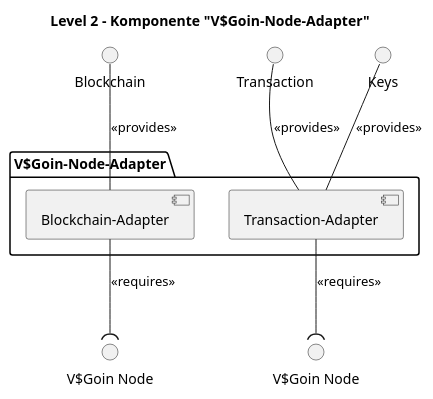
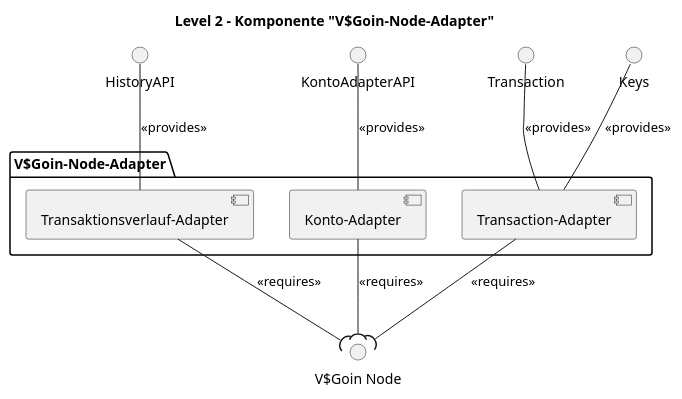
Before and after one commit to bjoern621/VSP-Blockchain: the fourth of 6 diagrams in docs/arc42/arc42-Api/API.md, drawn with PlantUML. The commit also changed other lines of this file and 25 other files, not shown here.

`````diff
--- a/docs/arc42/arc42-Api/API.md
+++ b/docs/arc42/arc42-Api/API.md
@@ -395,24 +397,28 @@
     ````plantuml
     @startuml
     title Level 2 – Komponente "V$Goin-Node-Adapter"
     
     skinparam interfaceStyle uml
     
     package "V$Goin-Node-Adapter" {
     
         component "Transaction-Adapter" as WalletAdapter
     
-        component "Blockchain-Adapter" as NetworkAdapter
+        component "Konto-Adapter" as NetworkAdapter
+
+        component "Transaktionsverlauf-Adapter" as HistoryAdapter
     }
     interface "V$Goin Node" as Node
-    interface "V$Goin Node" as Node2
     WalletAdapter -down-( Node : <<requires>>
-    NetworkAdapter --down( Node2 : <<requires>>
+    NetworkAdapter --down( Node : <<requires>>
     interface "Keys" as IKeyProv
     WalletAdapter -up- IKeyProv : <<provides>>
     interface "Transaction" as TransactionProv
     WalletAdapter -up- TransactionProv : <<provides>>
-    interface "Blockchain" as IBalanceProv
+    interface "KontoAdapterAPI" as IBalanceProv
     NetworkAdapter -up- IBalanceProv : <<provides>>
+    interface "HistoryAPI" as IHistoryProv
+    HistoryAdapter -up- IHistoryProv : <<provides>>
+    HistoryAdapter --down( Node : <<requires>>
     @enduml
     ````
`````
